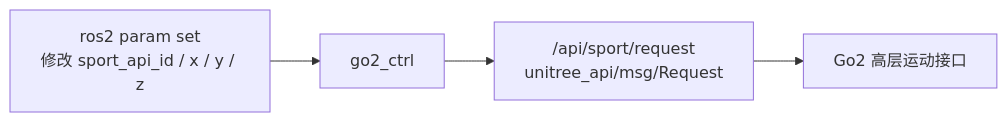
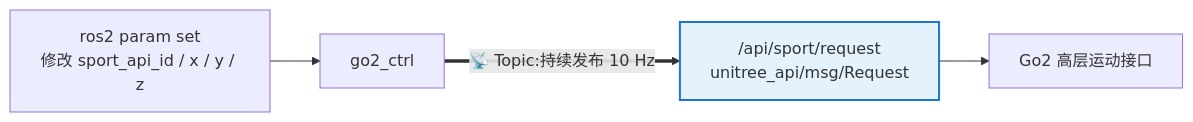
The diagram in docs/03-communication/07-topic.md (ztl3106742440-hub/go2-tutorial), drawn with Mermaid before and after one commit. The commit also changed other lines of this file and 9 other files, not shown here.

````diff
--- a/docs/03-communication/07-topic.md
+++ b/docs/03-communication/07-topic.md
@@ -21,6 +28,9 @@
 ```mermaid
 flowchart LR
     A["ros2 param set<br/>修改 sport_api_id / x / y / z"] --> B[go2_ctrl]
-    B --> C["/api/sport/request<br/>unitree_api/msg/Request"]
+    B ==>|"📡 Topic:持续发布 10 Hz"| C["/api/sport/request<br/>unitree_api/msg/Request"]
     C --> D[Go2 高层运动接口]
+    
+    classDef topic fill:#e3f2fd,stroke:#1976d2,stroke-width:2px
+    class C topic
 ```
````
